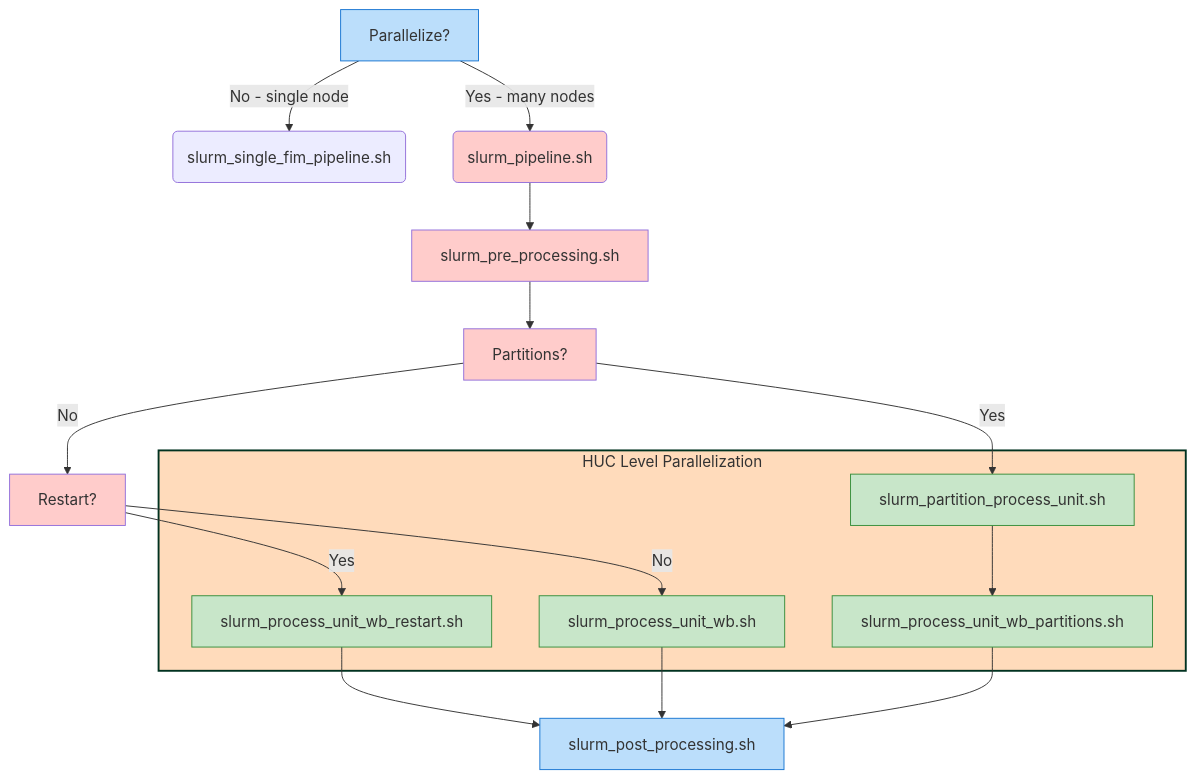
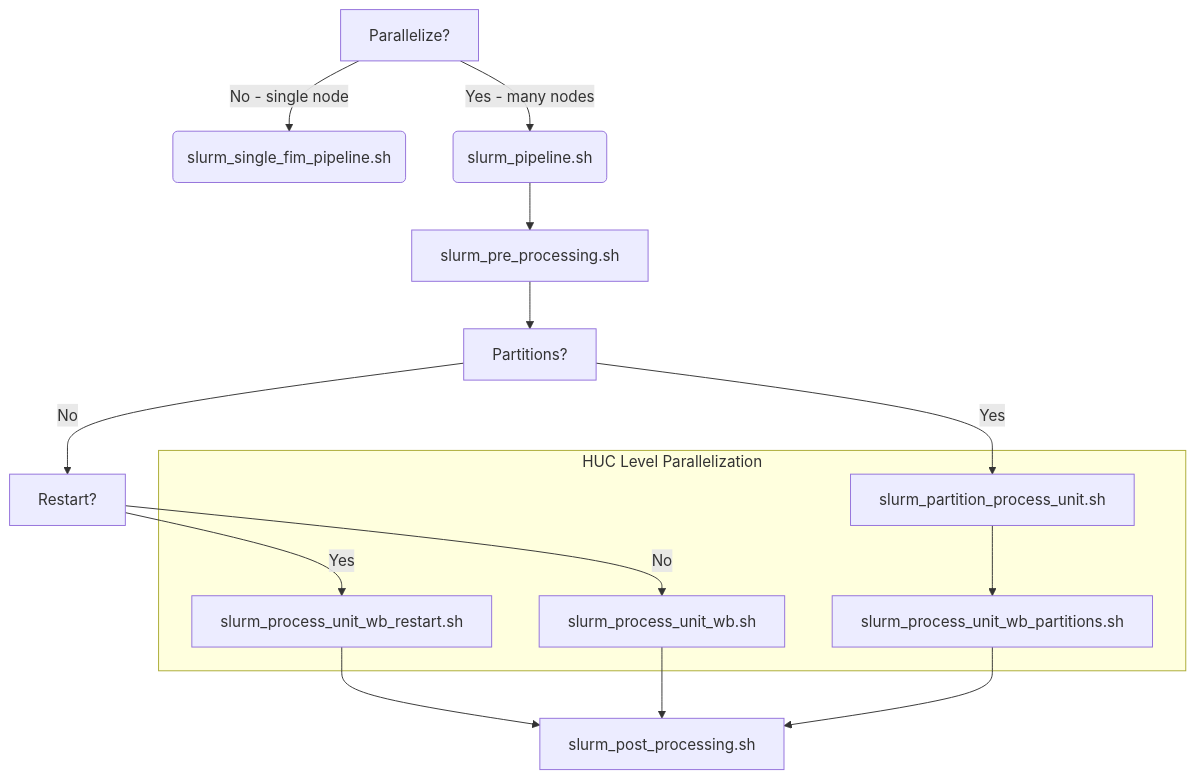
Before and after one commit to NGWPC/inundation-mapping-owp: the diagram in slurm/README.md, drawn with Mermaid.

````diff
--- a/slurm/README.md
+++ b/slurm/README.md
@@ -8,28 +8,22 @@
 ```mermaid
 flowchart TD
-    A[Parallelize?]:::blueStyle --> |No - single node| G(slurm_single_fim_pipeline.sh)
+    A[Parallelize?] --> |No - single node| G(slurm_single_fim_pipeline.sh)
     A --> |Yes - many nodes| B(slurm_pipeline.sh):::redStyle 
-    B --> C[slurm_pre_processing.sh]:::redStyle 
-    C --> X[Partitions?]:::redStyle 
-    X --> |No| M[Restart?]:::redStyle 
+    B --> C[slurm_pre_processing.sh]
+    C --> X[Partitions?]
+    X --> |No| M[Restart?] 
     X --> |Yes| I[slurm_partition_process_unit.sh]
     M --> |Yes| F[slurm_process_unit_wb_restart.sh]
     M --> |No| L[slurm_process_unit_wb.sh]
     
     subgraph HUC["HUC Level Parallelization"]
-        I[slurm_partition_process_unit.sh]:::greenStyle
-        I --> J[slurm_process_unit_wb_partitions.sh]:::greenStyle
-        F[slurm_process_unit_wb_restart.sh]:::greenStyle
-        L[slurm_process_unit_wb.sh]:::greenStyle
+        I[slurm_partition_process_unit.sh]
+        I --> J[slurm_process_unit_wb_partitions.sh]
+        F[slurm_process_unit_wb_restart.sh]
+        L[slurm_process_unit_wb.sh]
     end
     
-    F --> E[slurm_post_processing.sh]:::blueStyle
+    F --> E[slurm_post_processing.sh]
     L --> E
     J --> E
-
-    classDef subgraphStyle fill:#FFDBBB,stroke:#013220,stroke-width:2px
-    class HUC subgraphStyle
-    classDef blueStyle fill:#bbdefb,stroke:#1976d2
-    classDef greenStyle fill:#c8e6c9,stroke:#388e3c
-    classDef redStyle fill:#FFCCCB
 ```
````
